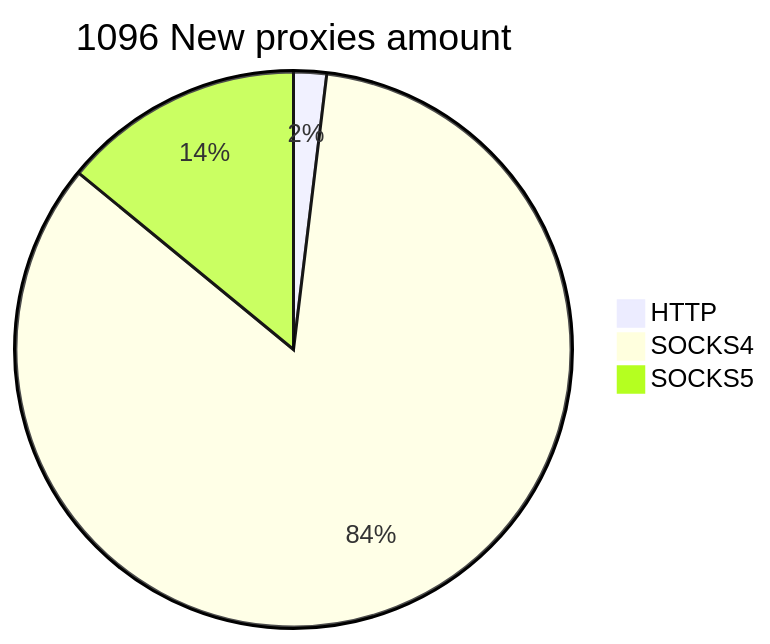
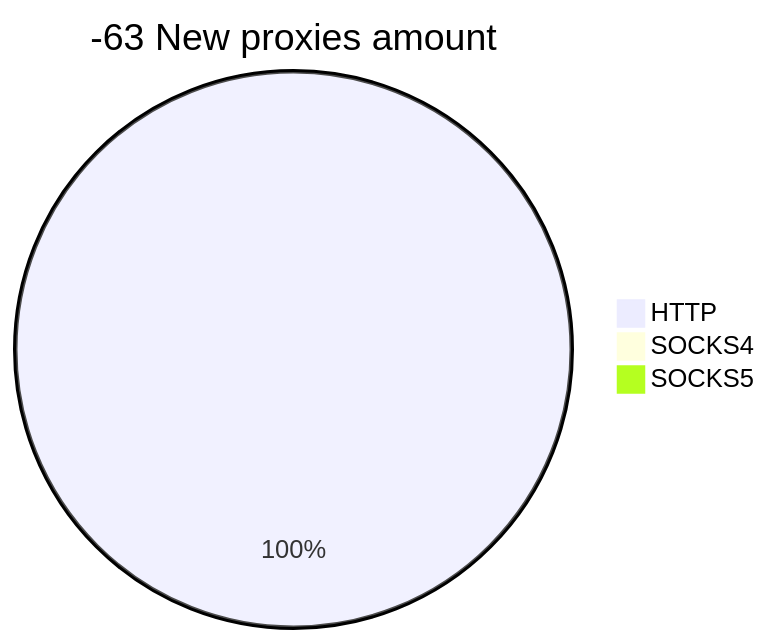
The second of 2 diagrams in README.md (cutipu/proxylist), drawn with Mermaid before and after one commit. The commit also changed other lines of this file, not shown here.

````diff
--- a/README.md
+++ b/README.md
@@ -10,6 +10,6 @@
 ```mermaid
-pie title 1096 New proxies amount
-    "HTTP" : 21
-    "SOCKS4" : 921
-    "SOCKS5" : 154
+pie title -63 New proxies amount
+    "HTTP" : 18
+    "SOCKS4" : 0
+    "SOCKS5" : 0
 ```
````
